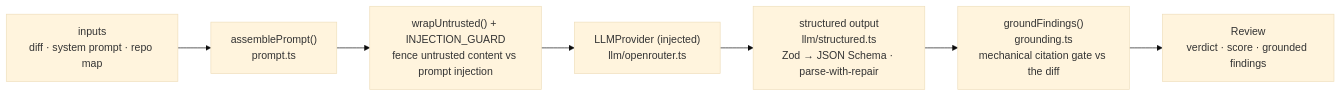
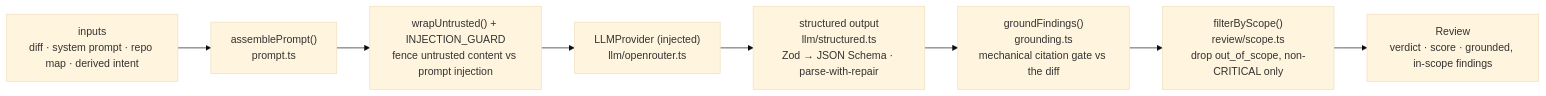
The diagram in reviewer-core/README.md (dmitrii1600/dev-digest), drawn with Mermaid (base theme) before and after one commit. The commit also changed other lines of this file and 59 other files, not shown here.

First line of the commit message:
feat(intent): Intent Layer (L03), scope gate, subagent chain

````diff
--- a/reviewer-core/README.md
+++ b/reviewer-core/README.md
@@ -16,9 +16,10 @@
 ```mermaid
 flowchart LR
-  IN["inputs<br/>diff · system prompt · repo map"] --> PROMPT["assemblePrompt()<br/>prompt.ts"]
+  IN["inputs<br/>diff · system prompt · repo map · derived intent"] --> PROMPT["assemblePrompt()<br/>prompt.ts"]
   PROMPT --> WRAP["wrapUntrusted() + INJECTION_GUARD<br/>fence untrusted content vs prompt injection"]
   WRAP --> LLM["LLMProvider (injected)<br/>llm/openrouter.ts"]
   LLM --> STRUCT["structured output<br/>llm/structured.ts<br/>Zod → JSON Schema · parse-with-repair"]
   STRUCT --> GROUND["groundFindings()<br/>grounding.ts<br/>mechanical citation gate vs the diff"]
-  GROUND --> OUT["Review<br/>verdict · score · grounded findings"]
+  GROUND --> SCOPE["filterByScope()<br/>review/scope.ts<br/>drop out_of_scope, non-CRITICAL only"]
+  SCOPE --> OUT["Review<br/>verdict · score · grounded, in-scope findings"]
 ```
````
